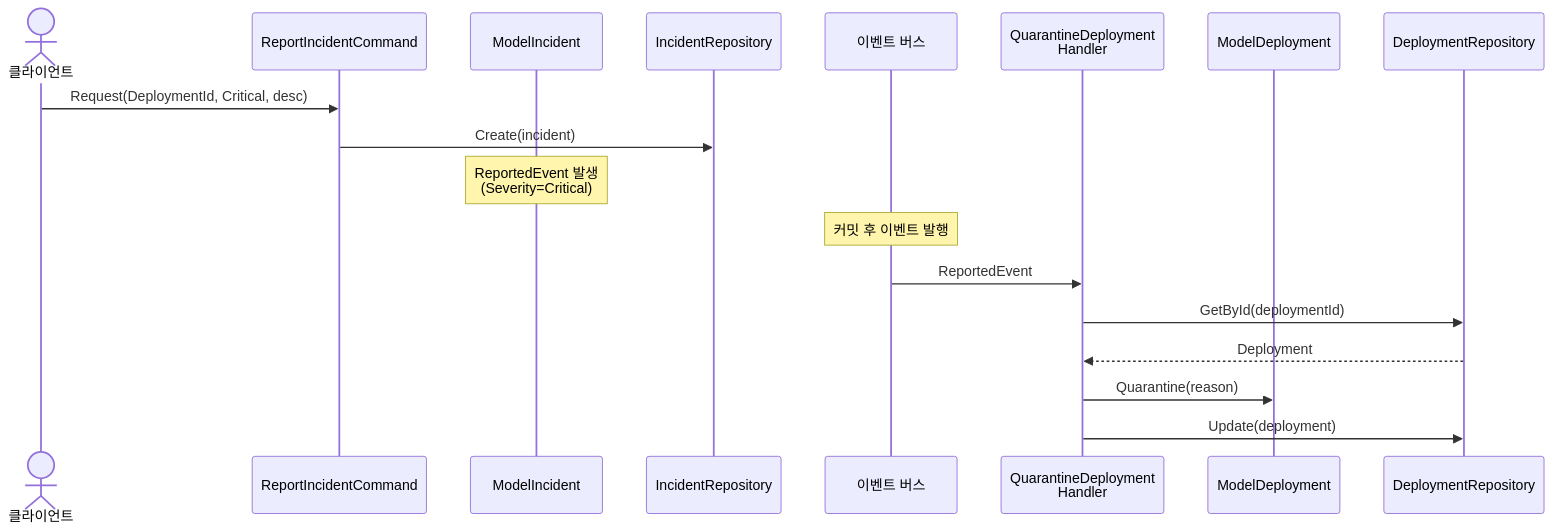
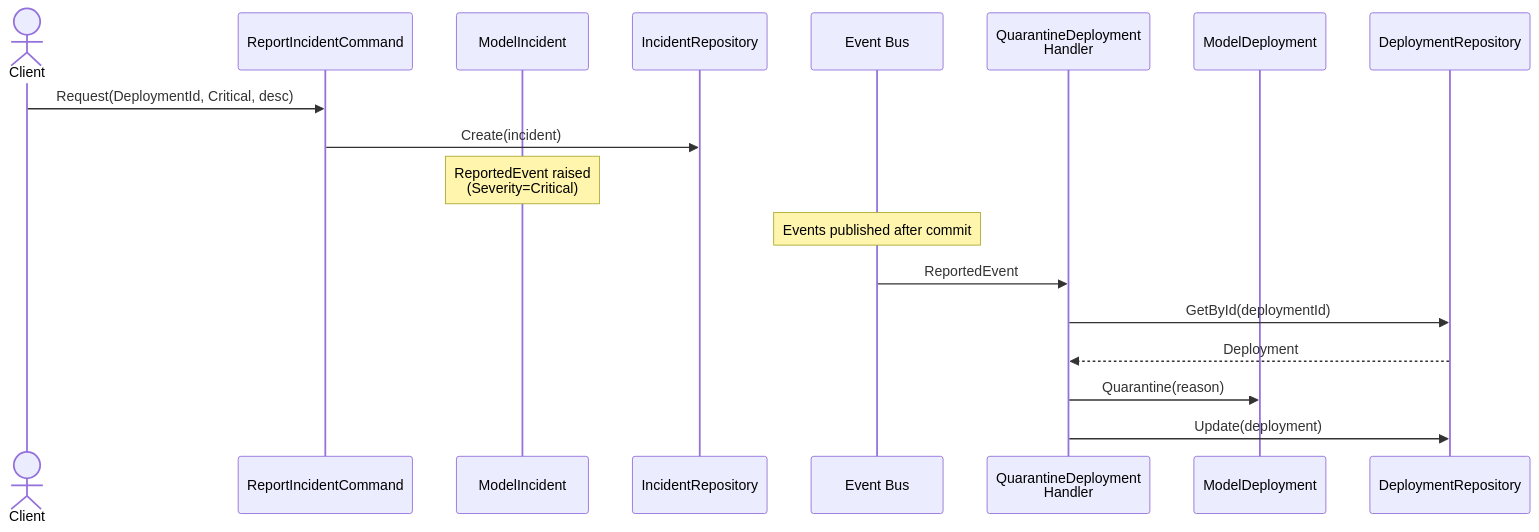
One commit to hhko/Functorium changed the second of 3 diagrams in Docs.Site/src/content/docs/samples/ai-model-governance/application/00-business-requirements.md. Above: the diagram before and after it, drawn with Mermaid. The commit also changed other lines of this file and 20 other files, not shown here.

````diff
--- a/Docs.Site/src/content/docs/samples/ai-model-governance/application/00-business-requirements.md
+++ b/Docs.Site/src/content/docs/samples/ai-model-governance/application/00-business-requirements.md
@@ -94,23 +94,23 @@
 ```mermaid
 sequenceDiagram
-    actor Client as 클라이언트
+    actor Client as Client
     participant Cmd as ReportIncidentCommand
     participant Incident as ModelIncident
     participant Repo as IncidentRepository
-    participant Bus as 이벤트 버스
+    participant Bus as Event Bus
     participant Handler as QuarantineDeployment<br/>Handler
     participant Deployment as ModelDeployment
     participant DRepo as DeploymentRepository
 
     Client->>Cmd: Request(DeploymentId, Critical, desc)
     Cmd->>Repo: Create(incident)
-    Note over Incident: ReportedEvent 발생<br/>(Severity=Critical)
+    Note over Incident: ReportedEvent raised<br/>(Severity=Critical)
 
-    Note over Bus: 커밋 후 이벤트 발행
+    Note over Bus: Events published after commit
 
     Bus->>Handler: ReportedEvent
     Handler->>DRepo: GetById(deploymentId)
     DRepo-->>Handler: Deployment
     Handler->>Deployment: Quarantine(reason)
     Handler->>DRepo: Update(deployment)
 ```
````
